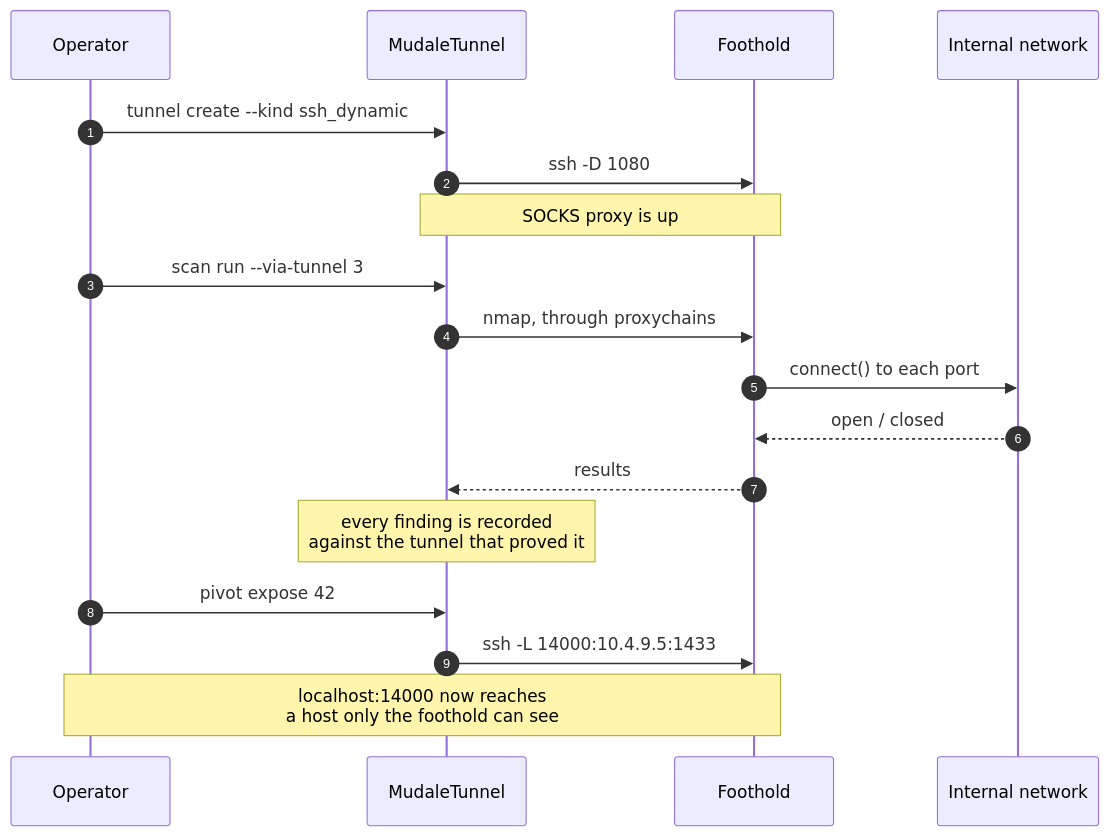
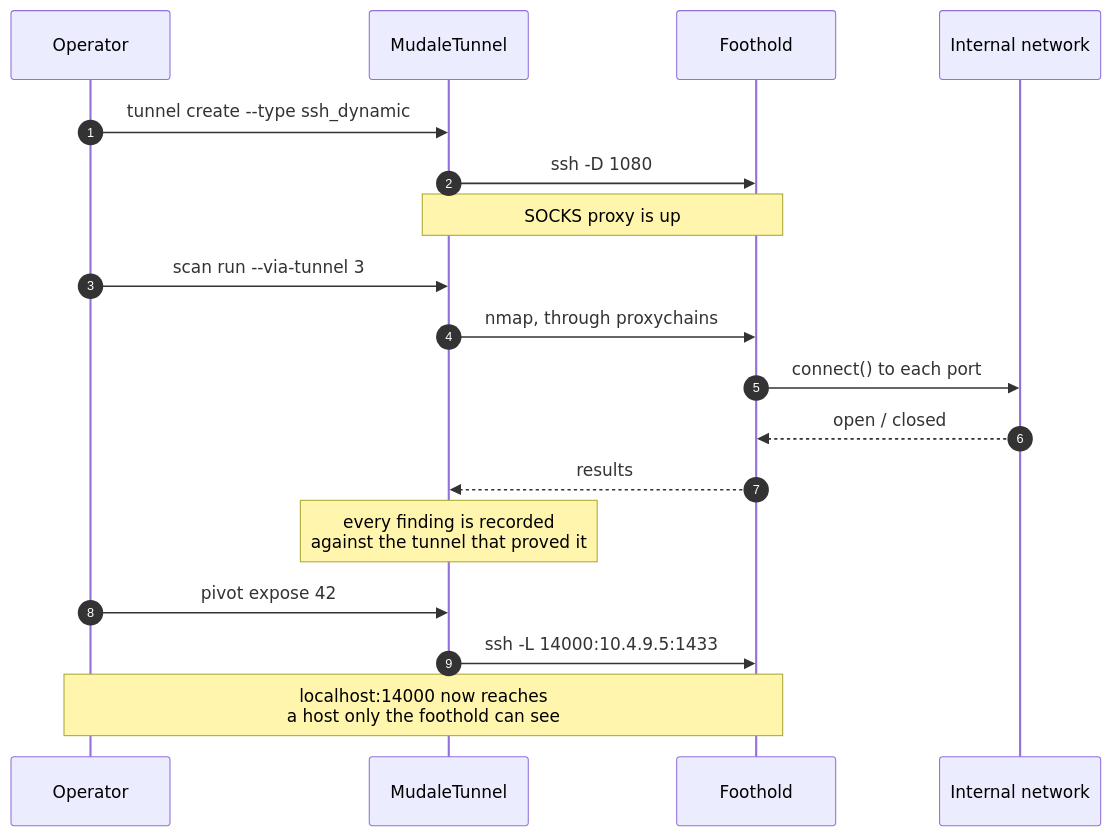
The first of 3 diagrams in README.md (TarzEH/MudaleTunnel), drawn with Mermaid before and after one commit. The commit also changed other lines of this file and 71 other files, not shown here.

````diff
--- a/README.md
+++ b/README.md
@@ -46,23 +67,23 @@
 ```mermaid
 sequenceDiagram
     autonumber
     participant Op as Operator
     participant MT as MudaleTunnel
     participant Jump as Foothold
     participant Net as Internal network
 
-    Op->>MT: tunnel create --kind ssh_dynamic
+    Op->>MT: tunnel create --type ssh_dynamic
     MT->>Jump: ssh -D 1080
     Note over MT,Jump: SOCKS proxy is up
 
     Op->>MT: scan run --via-tunnel 3
     MT->>Jump: nmap, through proxychains
     Jump->>Net: connect() to each port
     Net-->>Jump: open / closed
     Jump-->>MT: results
     Note over MT: every finding is recorded<br/>against the tunnel that proved it
 
     Op->>MT: pivot expose 42
     MT->>Jump: ssh -L 14000:10.4.9.5:1433
     Note over Op,Jump: localhost:14000 now reaches<br/>a host only the foothold can see
 ```
````
